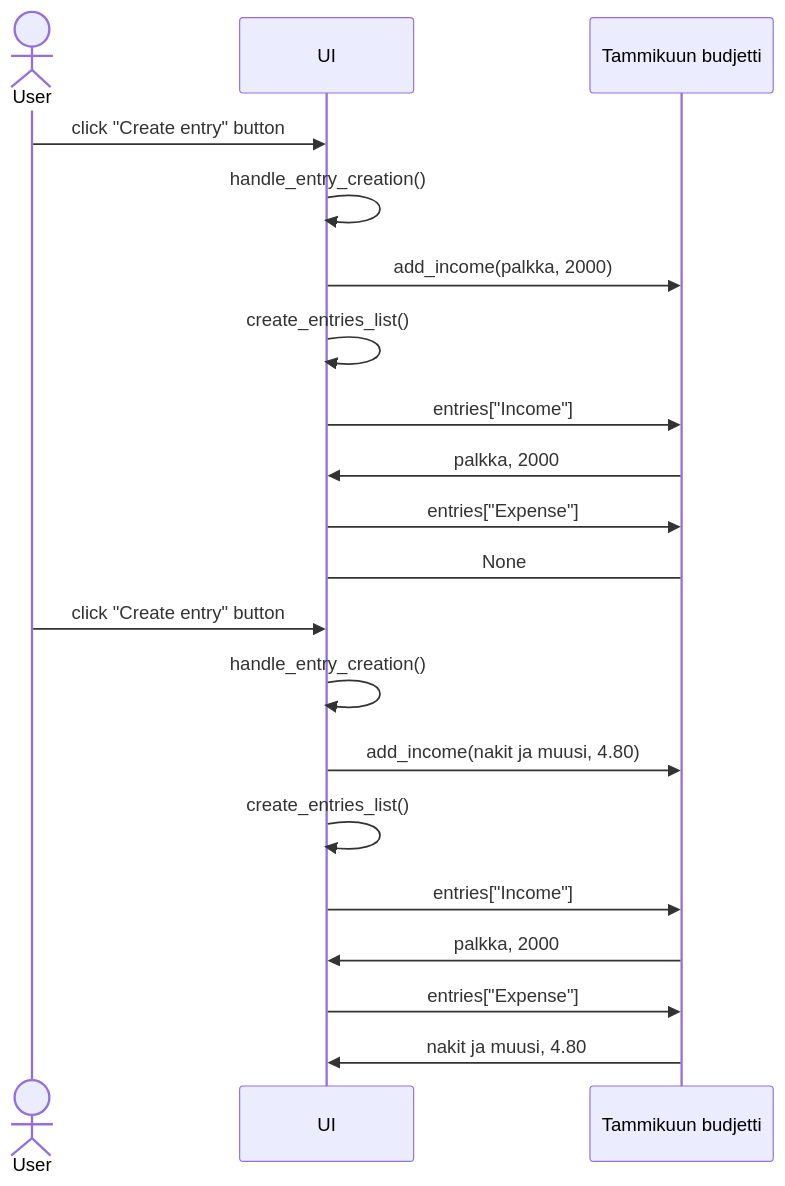
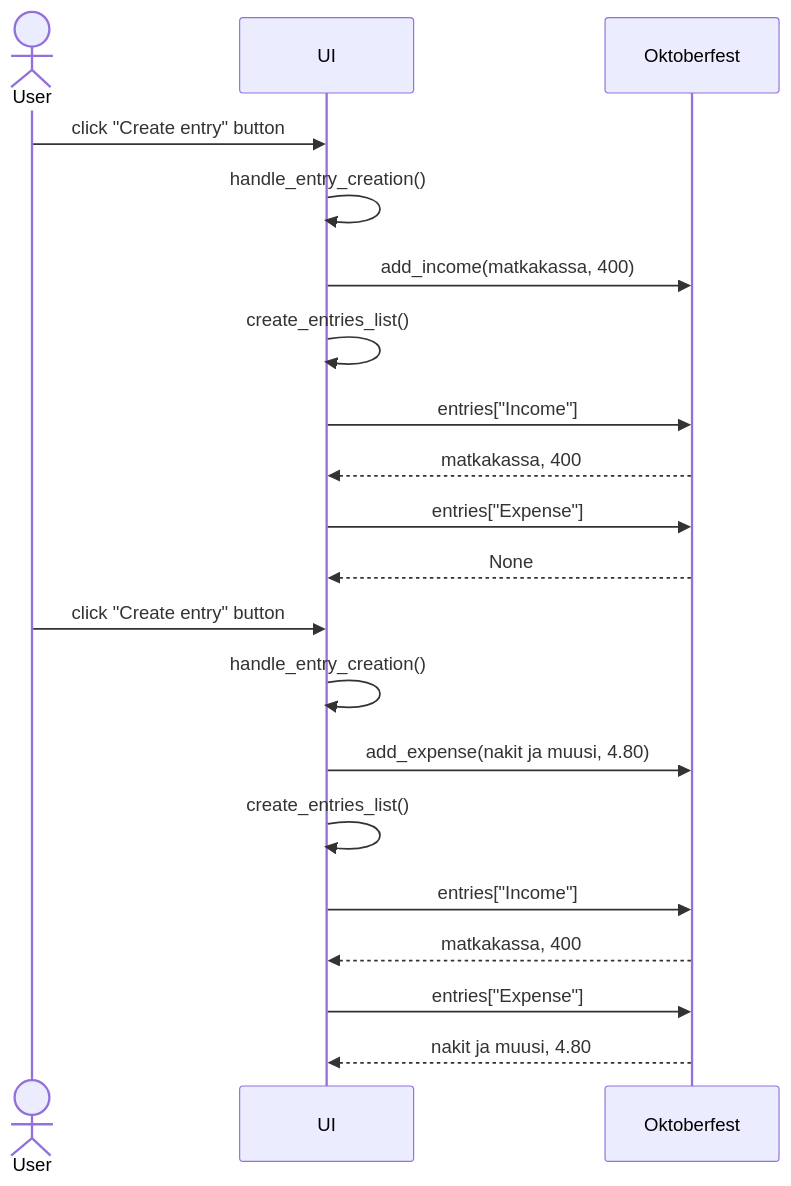
One commit to kuosaton/ot-harjoitustyo changed the second of 2 diagrams in budjetointisovellus/dokumentaatio/arkkitehtuuri.md. Above: the diagram before and after it, drawn with Mermaid. The commit also changed other lines of this file, not shown here.

````diff
--- a/budjetointisovellus/dokumentaatio/arkkitehtuuri.md
+++ b/budjetointisovellus/dokumentaatio/arkkitehtuuri.md
@@ -28,22 +46,22 @@
 ```mermaid
 sequenceDiagram
   actor User
   participant UI
-  participant Tammikuun budjetti
+  participant Oktoberfest
   User->>UI: click "Create entry" button
   UI->>UI: handle_entry_creation()
-  UI->>Tammikuun budjetti: add_income(palkka, 2000)
+  UI->>Oktoberfest: add_income(matkakassa, 400)
   UI->>UI: create_entries_list()
-  UI->>Tammikuun budjetti: entries["Income"]
-  Tammikuun budjetti->>UI: palkka, 2000
-  UI->>Tammikuun budjetti: entries["Expense"]
-  Tammikuun budjetti->UI: None
+  UI->>Oktoberfest: entries["Income"]
+  Oktoberfest-->>UI: matkakassa, 400
+  UI->>Oktoberfest: entries["Expense"]
+  Oktoberfest-->>UI: None
   User->>UI: click "Create entry" button
   UI->>UI: handle_entry_creation()
-  UI->>Tammikuun budjetti: add_income(nakit ja muusi, 4.80)
+  UI->>Oktoberfest: add_expense(nakit ja muusi, 4.80)
   UI->>UI: create_entries_list()
-  UI->>Tammikuun budjetti: entries["Income"]
-  Tammikuun budjetti->>UI: palkka, 2000
-  UI->>Tammikuun budjetti: entries["Expense"]
-  Tammikuun budjetti->>UI: nakit ja muusi, 4.80
+  UI->>Oktoberfest: entries["Income"]
+  Oktoberfest-->>UI: matkakassa, 400
+  UI->>Oktoberfest: entries["Expense"]
+  Oktoberfest-->>UI: nakit ja muusi, 4.80
 ```
````
